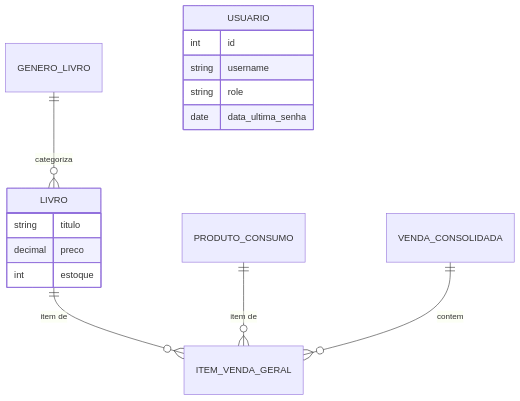
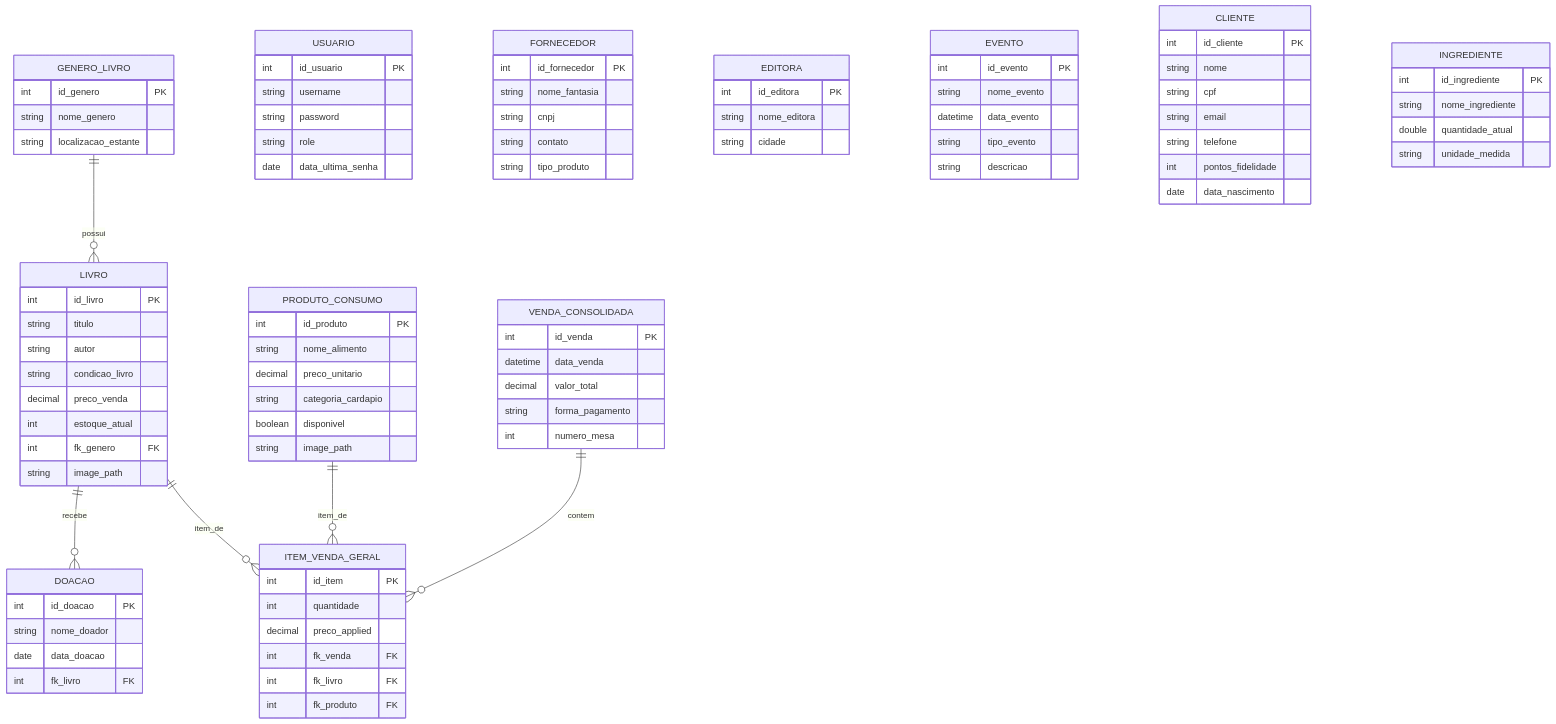
The diagram in README.md (BarbaraVSilva/CoffeeANDBooks), drawn with Mermaid before and after one commit. The commit also changed other lines of this file and 19 other files, not shown here.

````diff
--- a/README.md
+++ b/README.md
@@ -13,18 +23,94 @@
 ```mermaid
 erDiagram
-    GENERO_LIVRO ||--o{ LIVRO : categoriza
-    LIVRO ||--o{ ITEM_VENDA_GERAL : "item de"
-    PRODUTO_CONSUMO ||--o{ ITEM_VENDA_GERAL : "item de"
-    VENDA_CONSOLIDADA ||--o{ ITEM_VENDA_GERAL : contem
+    GENERO_LIVRO ||--o{ LIVRO : "possui"
+    LIVRO ||--o{ DOACAO : "recebe"
+    LIVRO ||--o{ ITEM_VENDA_GERAL : "item_de"
+    PRODUTO_CONSUMO ||--o{ ITEM_VENDA_GERAL : "item_de"
+    VENDA_CONSOLIDADA ||--o{ ITEM_VENDA_GERAL : "contem"
+    
+    GENERO_LIVRO {
+        int id_genero PK
+        string nome_genero
+        string localizacao_estante
+    }
+    LIVRO {
+        int id_livro PK
+        string titulo
+        string autor
+        string condicao_livro
+        decimal preco_venda
+        int estoque_atual
+        int fk_genero FK
+        string image_path
+    }
+    PRODUTO_CONSUMO {
+        int id_produto PK
+        string nome_alimento
+        decimal preco_unitario
+        string categoria_cardapio
+        boolean disponivel
+        string image_path
+    }
+    VENDA_CONSOLIDADA {
+        int id_venda PK
+        datetime data_venda
+        decimal valor_total
+        string forma_pagamento
+        int numero_mesa
+    }
+    ITEM_VENDA_GERAL {
+        int id_item PK
+        int quantidade
+        decimal preco_applied
+        int fk_venda FK
+        int fk_livro FK
+        int fk_produto FK
+    }
     USUARIO {
-        int id
+        int id_usuario PK
         string username
+        string password
         string role
         date data_ultima_senha
     }
-    LIVRO {
-        string titulo
-        decimal preco
-        int estoque
+    FORNECEDOR {
+        int id_fornecedor PK
+        string nome_fantasia
+        string cnpj
+        string contato
+        string tipo_produto
+    }
+    EDITORA {
+        int id_editora PK
+        string nome_editora
+        string cidade
+    }
+    EVENTO {
+        int id_evento PK
+        string nome_evento
+        datetime data_evento
+        string tipo_evento
+        string descricao
+    }
+    DOACAO {
+        int id_doacao PK
+        string nome_doador
+        date data_doacao
+        int fk_livro FK
+    }
+    CLIENTE {
+        int id_cliente PK
+        string nome
+        string cpf
+        string email
+        string telefone
+        int pontos_fidelidade
+        date data_nascimento
+    }
+    INGREDIENTE {
+        int id_ingrediente PK
+        string nome_ingrediente
+        double quantidade_atual
+        string unidade_medida
     }
 ```
````
